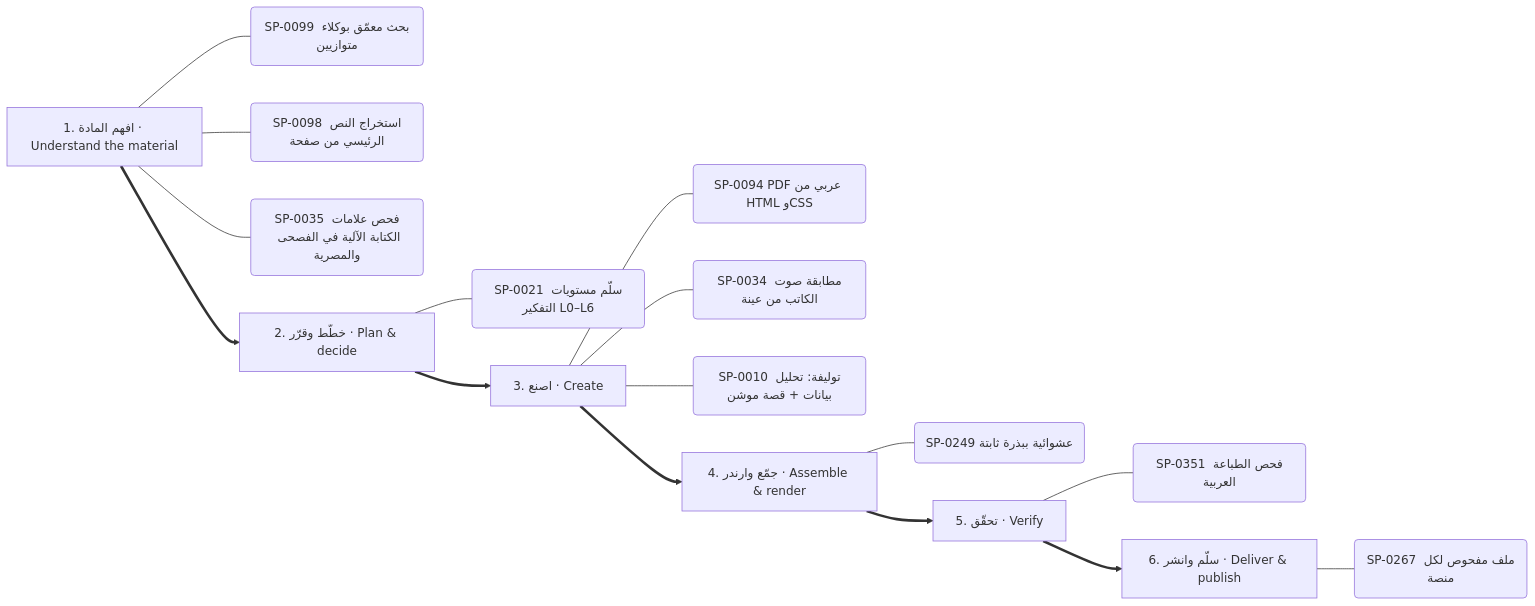
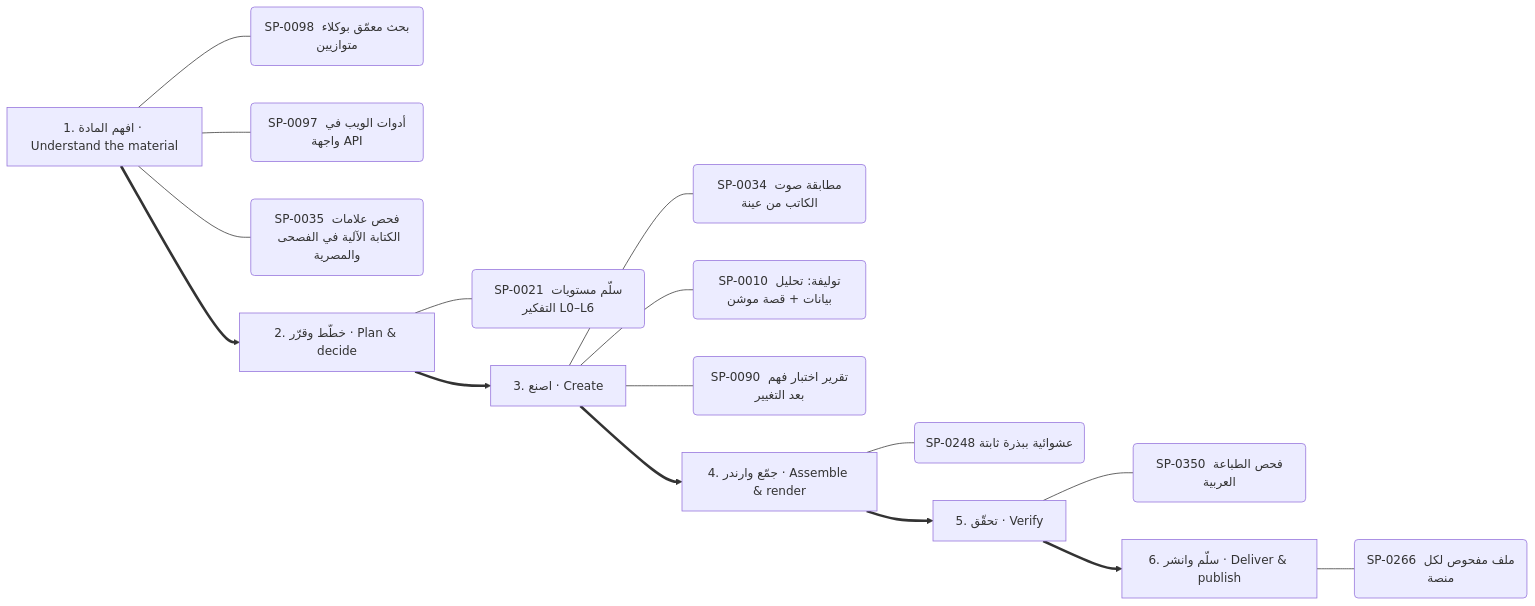
Before and after one commit to kosif199022-jpg/kosif-tool: diagram 13 of 13 in .claude/skills/kosif-superpowers/references/capability-mindmap.md, drawn with Mermaid. The commit also changed other lines of this file and 41 other files, not shown here.

````diff
--- a/.claude/skills/kosif-superpowers/references/capability-mindmap.md
+++ b/.claude/skills/kosif-superpowers/references/capability-mindmap.md
@@ -638,24 +639,24 @@
 ```mermaid
 flowchart LR
   S0["1. افهم المادة · Understand the material"]
-  S0 --- S0_0("SP-0099 بحث معمّق بوكلاء متوازيين")
-  S0 --- S0_1("SP-0098 استخراج النص الرئيسي من صفحة")
+  S0 --- S0_0("SP-0098 بحث معمّق بوكلاء متوازيين")
+  S0 --- S0_1("SP-0097 أدوات الويب في واجهة API")
   S0 --- S0_2("SP-0035 فحص علامات الكتابة الآلية في الفصحى والمصرية")
   S1["2. خطّط وقرّر · Plan & decide"]
   S1 --- S1_0("SP-0021 سلّم مستويات التفكير L0–L6")
   S0 ==> S1
   S2["3. اصنع · Create"]
-  S2 --- S2_0("SP-0094 PDF عربي من HTML وCSS")
-  S2 --- S2_1("SP-0034 مطابقة صوت الكاتب من عينة")
-  S2 --- S2_2("SP-0010 توليفة: تحليل بيانات + قصة موشن")
+  S2 --- S2_0("SP-0034 مطابقة صوت الكاتب من عينة")
+  S2 --- S2_1("SP-0010 توليفة: تحليل بيانات + قصة موشن")
+  S2 --- S2_2("SP-0090 تقرير اختبار فهم بعد التغيير")
   S1 ==> S2
   S3["4. جمّع وارندر · Assemble & render"]
-  S3 --- S3_0("SP-0249 عشوائية ببذرة ثابتة")
+  S3 --- S3_0("SP-0248 عشوائية ببذرة ثابتة")
   S2 ==> S3
   S4["5. تحقّق · Verify"]
-  S4 --- S4_0("SP-0351 فحص الطباعة العربية")
+  S4 --- S4_0("SP-0350 فحص الطباعة العربية")
   S3 ==> S4
   S5["6. سلّم وانشر · Deliver & publish"]
-  S5 --- S5_0("SP-0267 ملف مفحوص لكل منصة")
+  S5 --- S5_0("SP-0266 ملف مفحوص لكل منصة")
   S4 ==> S5
 ```
````
